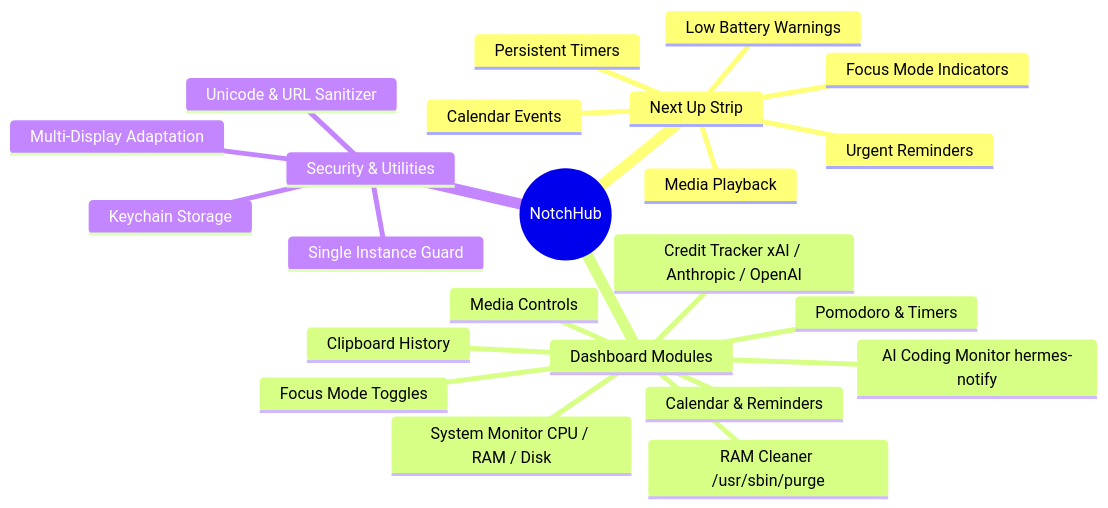
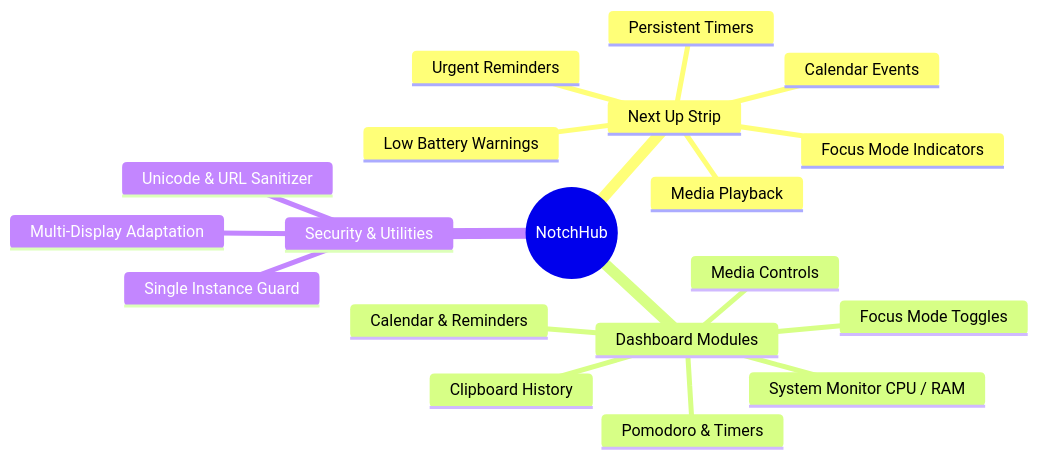
Before and after one commit to Srimi1/Notch-hub: the second of 4 diagrams in README.md, drawn with Mermaid. The commit also changed other lines of this file and 3 other files, not shown here.

````diff
--- a/README.md
+++ b/README.md
@@ -94,26 +93,22 @@
 ```mermaid
 mindmap
   root((NotchHub))
     Next Up Strip
       Calendar Events
       Urgent Reminders
       Persistent Timers
       Media Playback
       Low Battery Warnings
       Focus Mode Indicators
     Dashboard Modules
-      System Monitor CPU / RAM / Disk
-      RAM Cleaner /usr/sbin/purge
+      System Monitor CPU / RAM
       Clipboard History
-      AI Coding Monitor hermes-notify
-      Credit Tracker xAI / Anthropic / OpenAI
       Pomodoro & Timers
       Media Controls
       Calendar & Reminders
       Focus Mode Toggles
     Security & Utilities
-      Keychain Storage
       Unicode & URL Sanitizer
       Single Instance Guard
       Multi-Display Adaptation
 ```
````
